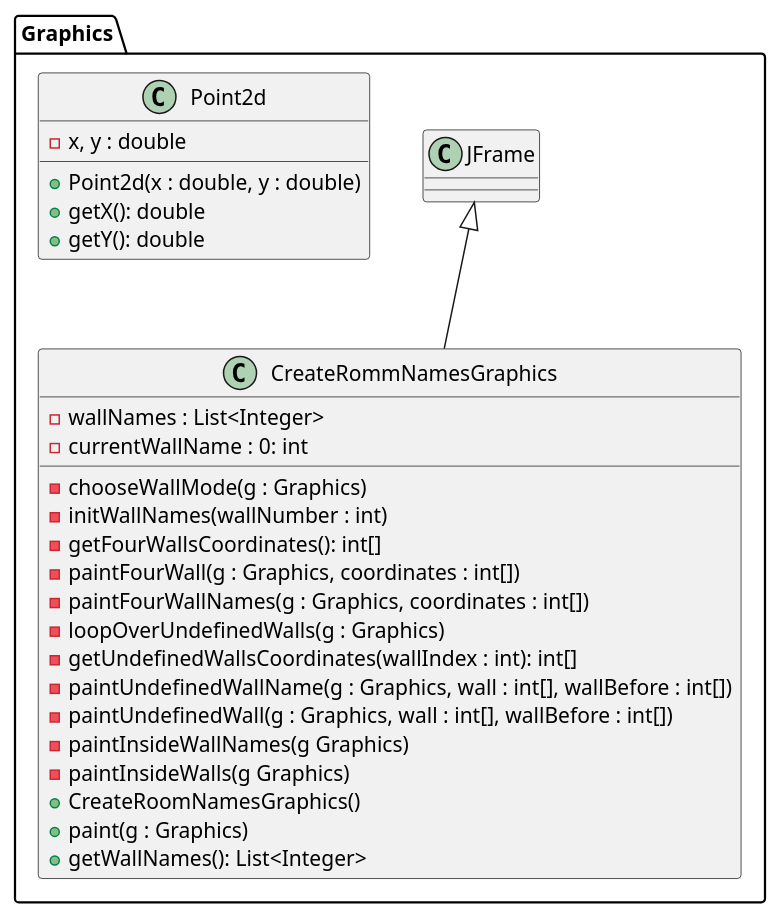
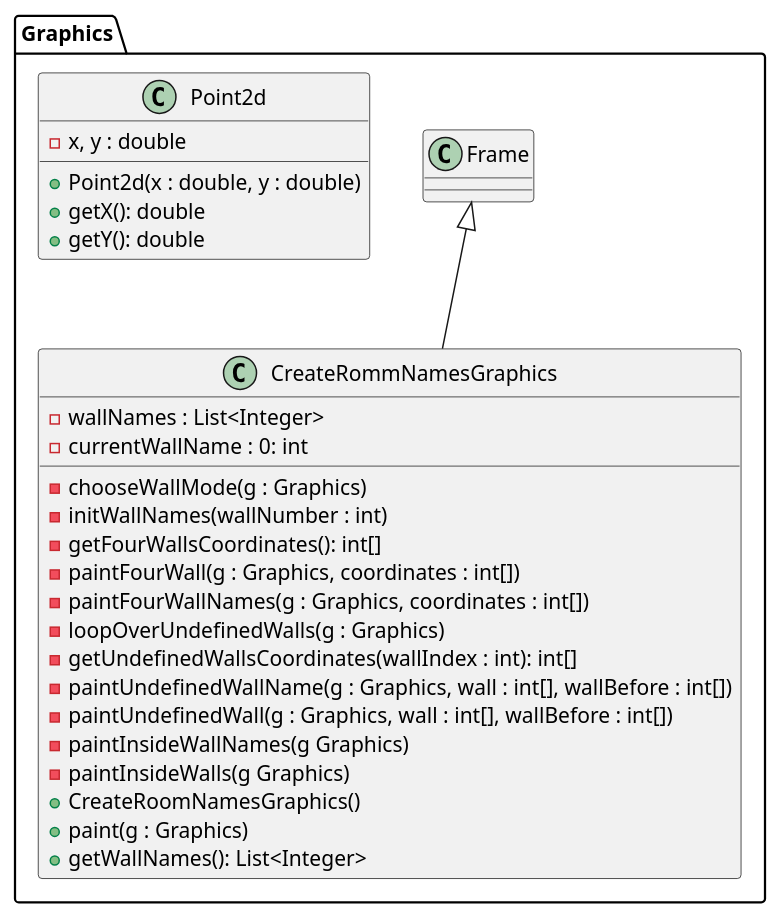
The diagram in doc/Diagrams/class diagrams/Graphics (2d) class diagram.md (Raboro/Home-Visualizer), drawn with PlantUML before and after one commit. The commit also changed 6 other files, not shown here.

Commit message:
update uml

````diff
--- a/doc/Diagrams/class diagrams/Graphics (2d) class diagram.md
+++ b/doc/Diagrams/class diagrams/Graphics (2d) class diagram.md
@@ -1,35 +1,35 @@
 ```plantuml
 @startuml
 
 namespace Graphics {
-    class CreateRommNamesGraphics extends JFrame{      
+    class CreateRommNamesGraphics extends Frame{      
         - wallNames : List<Integer>
         - currentWallName : 0: int
         - chooseWallMode(g : Graphics)
         - initWallNames(wallNumber : int)
         - getFourWallsCoordinates(): int[]
         - paintFourWall(g : Graphics, coordinates : int[])
         - paintFourWallNames(g : Graphics, coordinates : int[])
         - loopOverUndefinedWalls(g : Graphics)
         - getUndefinedWallsCoordinates(wallIndex : int): int[]
         - paintUndefinedWallName(g : Graphics, wall : int[], wallBefore : int[])
         - paintUndefinedWall(g : Graphics, wall : int[], wallBefore : int[])
         - paintInsideWallNames(g Graphics)
         - paintInsideWalls(g Graphics)
         + CreateRoomNamesGraphics()
         + paint(g : Graphics)
         + getWallNames(): List<Integer>
 
     }
 
     class Point2d{
         - x, y : double
         + Point2d(x : double, y : double)
         + getX(): double
         + getY(): double
     }
 }
 
 @enduml
 
 ```
````
